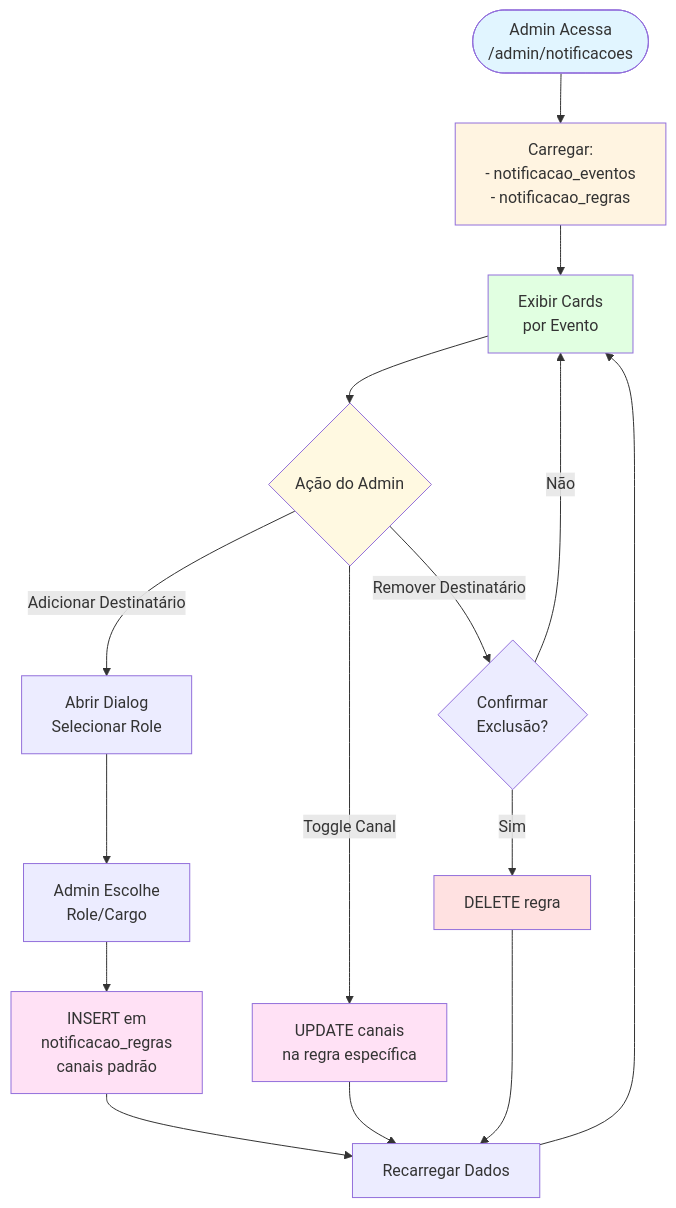
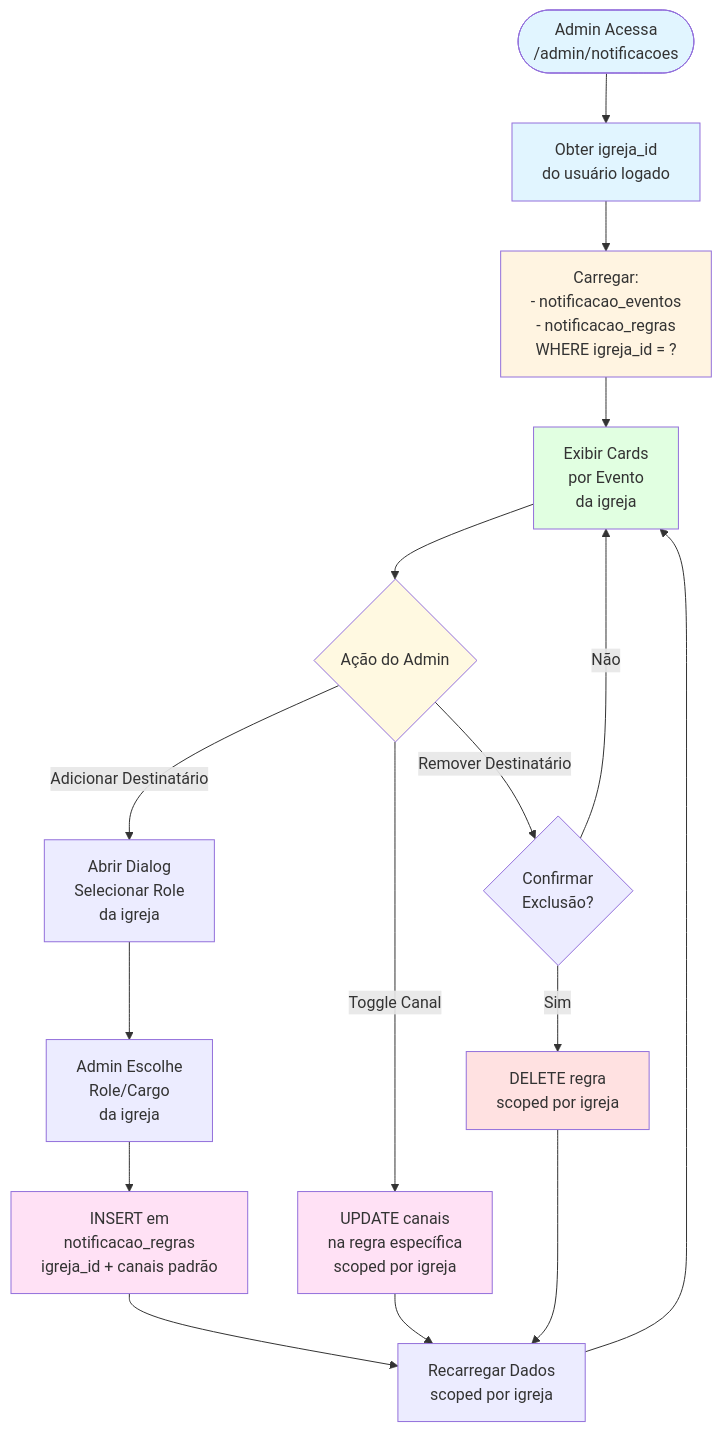
The second of 4 diagrams in docs/diagramas/fluxo-notificacoes.md (adrianoapc/igreja-carvalho), drawn with Mermaid before and after one commit. The commit also changed other lines of this file and 13 other files, not shown here.

````diff
--- a/docs/diagramas/fluxo-notificacoes.md
+++ b/docs/diagramas/fluxo-notificacoes.md
@@ -70,31 +77,34 @@
 ```mermaid
 flowchart TD
-    AdminStart([Admin Acessa<br/>/admin/notificacoes]) --> LoadData[Carregar:<br/>- notificacao_eventos<br/>- notificacao_regras]
-    
-    LoadData --> DisplayCards[Exibir Cards<br/>por Evento]
-    
+    AdminStart([Admin Acessa<br/>/admin/notificacoes]) --> GetIgrejaContext[Obter igreja_id<br/>do usuário logado]
+
+    GetIgrejaContext --> LoadData[Carregar:<br/>- notificacao_eventos<br/>- notificacao_regras<br/>WHERE igreja_id = ?]
+
+    LoadData --> DisplayCards[Exibir Cards<br/>por Evento<br/>da igreja]
+
     DisplayCards --> AdminAction{Ação do Admin}
-    
-    AdminAction -->|Adicionar Destinatário| OpenDialog[Abrir Dialog<br/>Selecionar Role]
-    OpenDialog --> SelectRole[Admin Escolhe<br/>Role/Cargo]
-    SelectRole --> CreateRule[INSERT em<br/>notificacao_regras<br/>canais padrão]
+
+    AdminAction -->|Adicionar Destinatário| OpenDialog[Abrir Dialog<br/>Selecionar Role<br/>da igreja]
+    OpenDialog --> SelectRole[Admin Escolhe<br/>Role/Cargo<br/>da igreja]
+    SelectRole --> CreateRule[INSERT em<br/>notificacao_regras<br/>igreja_id + canais padrão]
     CreateRule --> ReloadData
-    
-    AdminAction -->|Toggle Canal| UpdateChannel[UPDATE canais<br/>na regra específica]
+
+    AdminAction -->|Toggle Canal| UpdateChannel[UPDATE canais<br/>na regra específica<br/>scoped por igreja]
     UpdateChannel --> ReloadData
-    
+
     AdminAction -->|Remover Destinatário| ConfirmDelete{Confirmar<br/>Exclusão?}
-    ConfirmDelete -->|Sim| DeleteRule[DELETE regra]
+    ConfirmDelete -->|Sim| DeleteRule[DELETE regra<br/>scoped por igreja]
     DeleteRule --> ReloadData
     ConfirmDelete -->|Não| DisplayCards
-    
-    ReloadData[Recarregar Dados] --> DisplayCards
-    
+
+    ReloadData[Recarregar Dados<br/>scoped por igreja] --> DisplayCards
+
     style AdminStart fill:#e1f5ff
     style LoadData fill:#fff4e1
     style DisplayCards fill:#e1ffe1
     style AdminAction fill:#fff9e1
     style CreateRule fill:#ffe1f5
     style UpdateChannel fill:#ffe1f5
     style DeleteRule fill:#ffe1e1
+    style GetIgrejaContext fill:#e1f5ff
 ```
````
